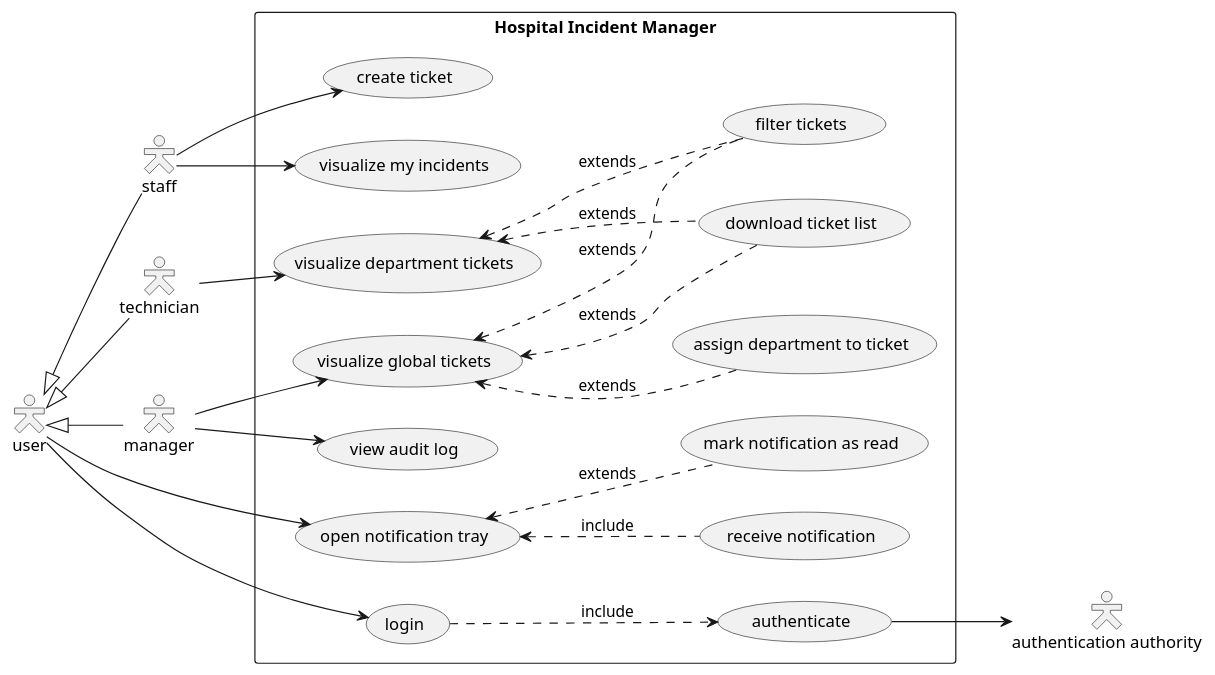
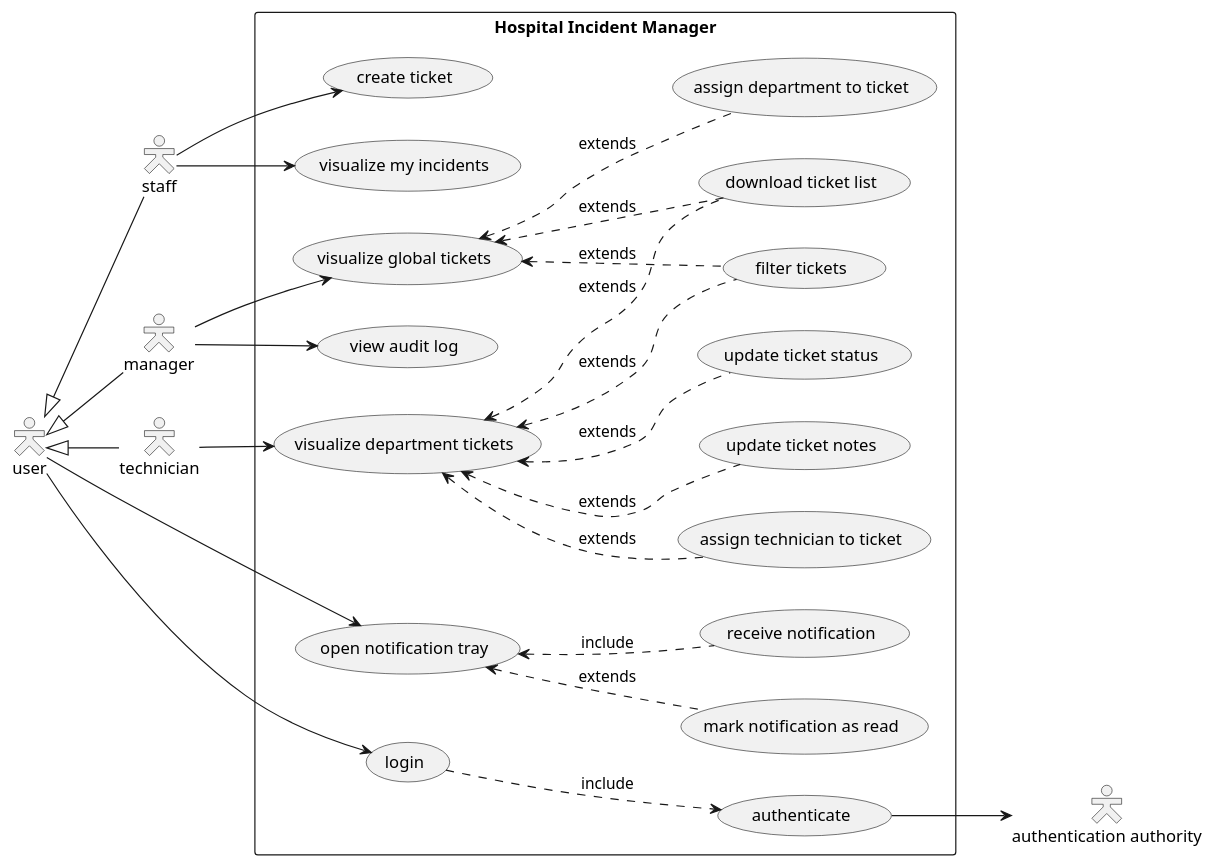
The diagram in diagrams/plantUML/Scenarios.puml (mablospate/hospital-incident-manager), drawn with PlantUML before and after one commit. The commit also changed 2 other files, not shown here.

```diff
--- a/diagrams/plantUML/Scenarios.puml
+++ b/diagrams/plantUML/Scenarios.puml
@@ -1,38 +1,41 @@
 @startuml
 skinparam actorStyle Hollow
 left to right direction
 
 user <|-- staff
 user <|-- manager
 user <|-- technician
 
 rectangle "Hospital Incident Manager"{
 (login).down.>(authenticate):include
 (create ticket)
 (visualize global tickets)
 (visualize department tickets)
 (filter tickets).up.>(visualize global tickets):extends
 (filter tickets).up.>(visualize department tickets):extends
 (download ticket list).up.>(visualize global tickets):extends
 (download ticket list).up.>(visualize department tickets):extends
 (visualize my incidents)
 (assign department to ticket).up.>(visualize global tickets):extends
 (mark notification as read).up.>(open notification tray):extends
 (receive notification) .up.> (open notification tray) : include
 (view audit log)
+(update ticket notes).up.>(visualize department tickets):extends
+(update ticket status).up.>(visualize department tickets):extends
+(assign technician to ticket).up.>(visualize department tickets):extends
 }
 
 user --> (login)
 user --> (open notification tray)
 
 staff --> (create ticket)
 staff --> (visualize my incidents)
 
 manager --> (visualize global tickets)
 manager --> (view audit log)
 
 technician --> (visualize department tickets)
 
 (authenticate) --> "authentication authority"
 
 @enduml
```
